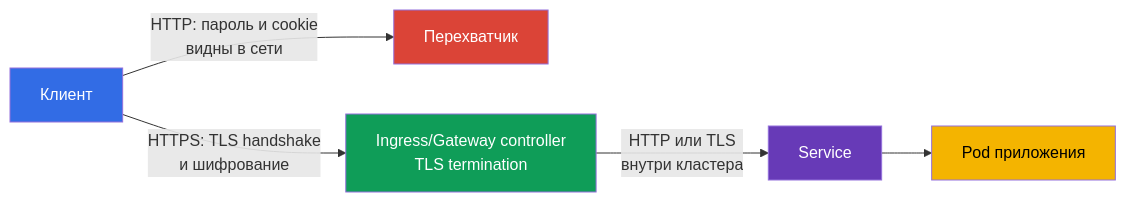
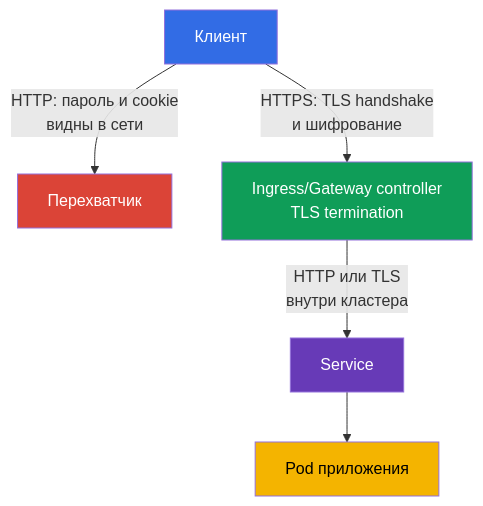
Before and after one commit to ViktorUJ/cks: the diagram in tasks/cks/course/08/ru.md, drawn with Mermaid. The commit also changed 89 other files, not shown here.

````diff
--- a/tasks/cks/course/08/ru.md
+++ b/tasks/cks/course/08/ru.md
@@ -30,12 +30,12 @@
 ```mermaid
-flowchart LR
+flowchart TB
     client["Клиент"] -->|"HTTP: пароль и cookie<br>видны в сети"| bad["Перехватчик"]
     client -->|"HTTPS: TLS handshake<br>и шифрование"| ingress["Ingress/Gateway controller<br>TLS termination"]
     ingress -->|"HTTP или TLS<br>внутри кластера"| service["Service"]
     service --> pod["Pod приложения"]
     style client fill:#326ce5,color:#fff
     style bad fill:#db4437,color:#fff
     style ingress fill:#0f9d58,color:#fff
     style service fill:#673ab7,color:#fff
     style pod fill:#f4b400,color:#000
 ```
````
